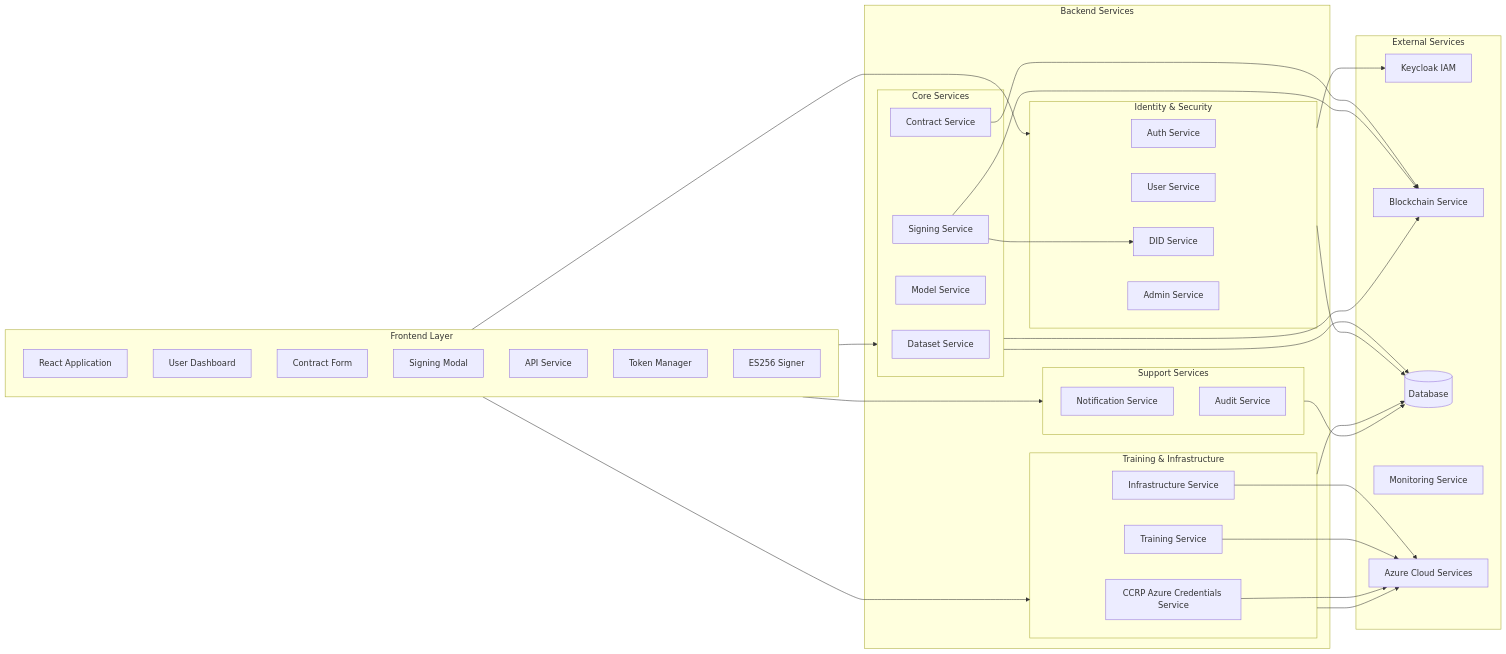
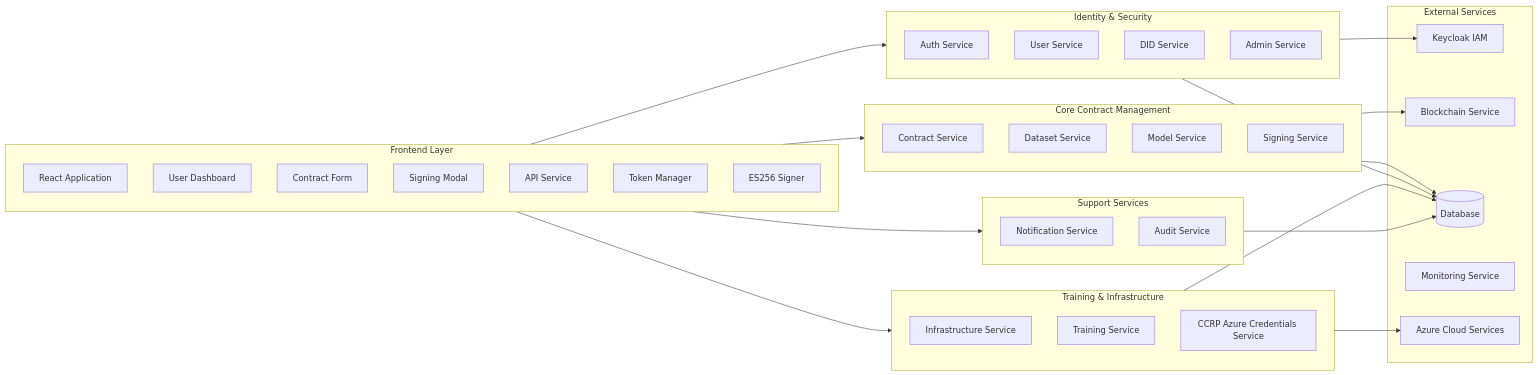
One commit to gitmujoshi/Confidential-AI-Network changed the second of 16 diagrams in UML_4PLUS1_ARCHITECTURE_DOCUMENTATION.md. Above: the diagram before and after it, drawn with Mermaid. The commit also changed other lines of this file, not shown here.

Commit message:
Reorganize System Components with overview and detailed subsystem diagrams

````diff
--- a/UML_4PLUS1_ARCHITECTURE_DOCUMENTATION.md
+++ b/UML_4PLUS1_ARCHITECTURE_DOCUMENTATION.md
@@ -163,73 +163,62 @@
 ```mermaid
 graph LR
-    %% Frontend Layer on the left
+    %% Frontend Layer
     subgraph Frontend["Frontend Layer"]
         ReactApp[React Application]
         UserDashboard[User Dashboard]
         ContractForm[Contract Form]
         SigningModal[Signing Modal]
         APIService[API Service]
         TokenManager[Token Manager]
         ES256Signer[ES256 Signer]
     end
     
-    %% Backend Services organized by subsystems
-    subgraph Backend["Backend Services"]
-        subgraph Core["Core Services"]
-            ContractService[Contract Service]
-            DatasetService[Dataset Service]
-            ModelService[Model Service]
-            SigningService[Signing Service]
-        end
-        
-        subgraph IAM["Identity & Security"]
-            AuthService[Auth Service]
-            UserService[User Service]
-            DIDService[DID Service]
-            AdminService[Admin Service]
-        end
-        
-        subgraph Training["Training & Infrastructure"]
-            InfrastructureService[Infrastructure Service]
-            TrainingService[Training Service]
-            CCRPAzureCredentialsService[CCRP Azure Credentials Service]
-        end
-        
-        subgraph Support["Support Services"]
-            NotificationService[Notification Service]
-            AuditService[Audit Service]
-        end
+    %% Backend Subsystems
+    subgraph Core["Core Contract Management"]
+        ContractService[Contract Service]
+        DatasetService[Dataset Service]
+        ModelService[Model Service]
+        SigningService[Signing Service]
     end
     
-    %% External Services on the right
+    subgraph IAM["Identity & Security"]
+        AuthService[Auth Service]
+        UserService[User Service]
+        DIDService[DID Service]
+        AdminService[Admin Service]
+    end
+    
+    subgraph Training["Training & Infrastructure"]
+        InfrastructureService[Infrastructure Service]
+        TrainingService[Training Service]
+        CCRPAzureCredentialsService[CCRP Azure Credentials Service]
+    end
+    
+    subgraph Support["Support Services"]
+        NotificationService[Notification Service]
+        AuditService[Audit Service]
+    end
+    
+    %% External Services
     subgraph External["External Services"]
         KeycloakIAM[Keycloak IAM]
         BlockchainService[Blockchain Service]
         Database[(Database)]
         MonitoringService[Monitoring Service]
         AzureCloud[Azure Cloud Services]
     end
     
-    %% Frontend connections to backend services
+    %% Main connections
     Frontend --> Core
     Frontend --> IAM
     Frontend --> Training
     Frontend --> Support
-
-    %% Backend service dependencies
+    
     Core --> Database
     Core --> BlockchainService
     IAM --> KeycloakIAM
     IAM --> Database
     Training --> Database
     Training --> AzureCloud
     Support --> Database
-    
-    %% Specific service connections
-    ContractService --> BlockchainService
-    SigningService --> DIDService
-    SigningService --> BlockchainService
-    InfrastructureService --> AzureCloud
-    TrainingService --> AzureCloud
-    CCRPAzureCredentialsService --> AzureCloud
 ```
````
